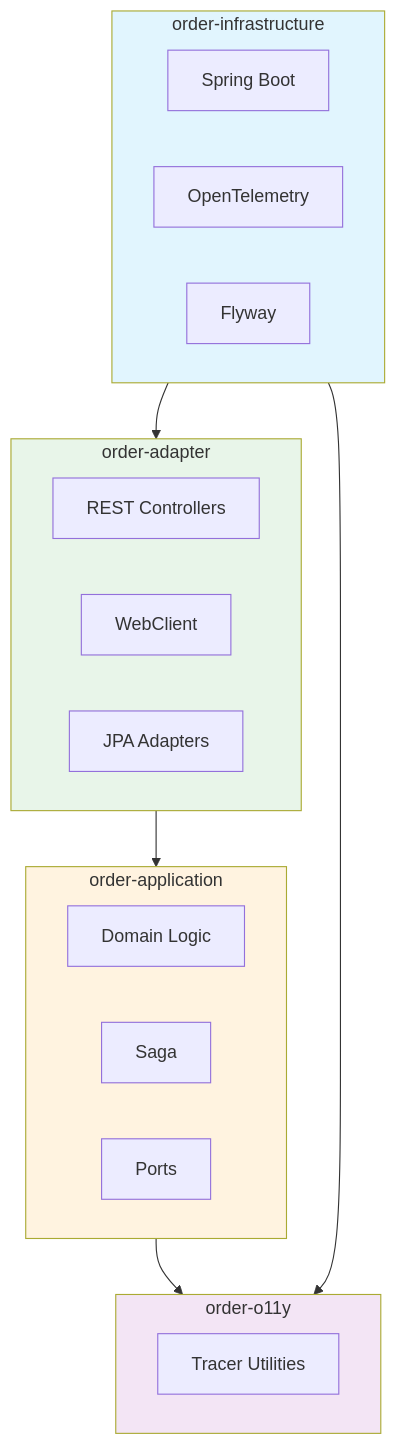
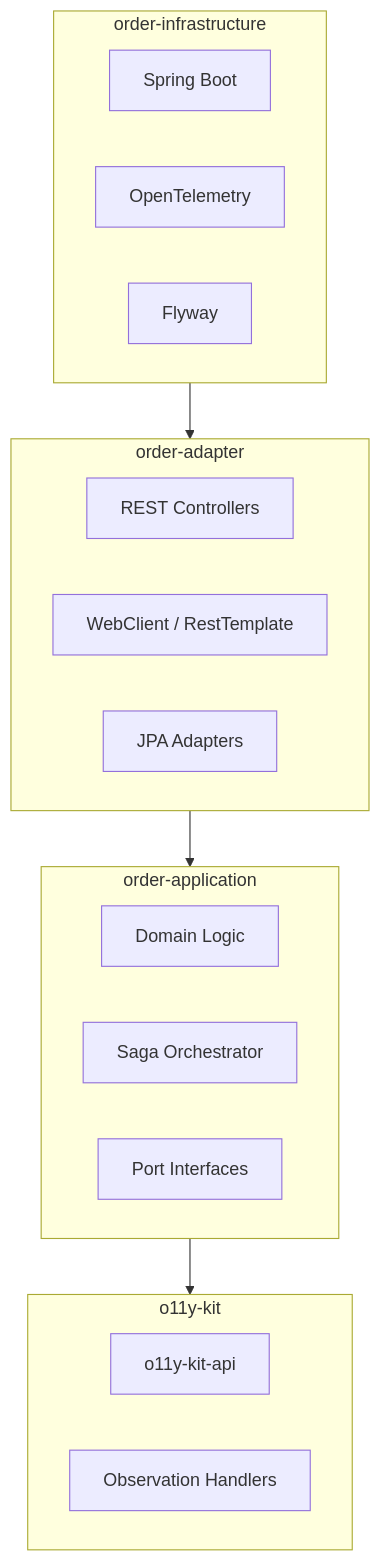
Before and after one commit to sunny809/observable-microservice: the diagram in README.md, drawn with Mermaid. The commit also changed other lines of this file and 12 other files, not shown here.

````diff
--- a/README.md
+++ b/README.md
@@ -39,34 +35,25 @@
 ```mermaid
 graph TB
     subgraph Infrastructure["order-infrastructure"]
         SB[Spring Boot]
         OT[OpenTelemetry]
         FW[Flyway]
     end
-
     subgraph Adapter["order-adapter"]
         RC[REST Controllers]
-        WC[WebClient]
+        WC[WebClient / RestTemplate]
         JPA[JPA Adapters]
     end
-
     subgraph Application["order-application"]
         DOM[Domain Logic]
-        SAGA[Saga]
-        PORT[Ports]
+        SAGA[Saga Orchestrator]
+        PORT[Port Interfaces]
     end
-
-    subgraph O11y["order-o11y"]
-        TR[Tracer Utilities]
+    subgraph O11y["o11y-kit"]
+        API[o11y-kit-api]
+        OBS[Observation Handlers]
     end
-
     Infrastructure --> Adapter
     Adapter --> Application
     Application --> O11y
-    Infrastructure --> O11y
-
-    style Infrastructure fill:#e1f5fe
-    style Adapter fill:#e8f5e9
-    style Application fill:#fff3e0
-    style O11y fill:#f3e5f5
 ```
````
